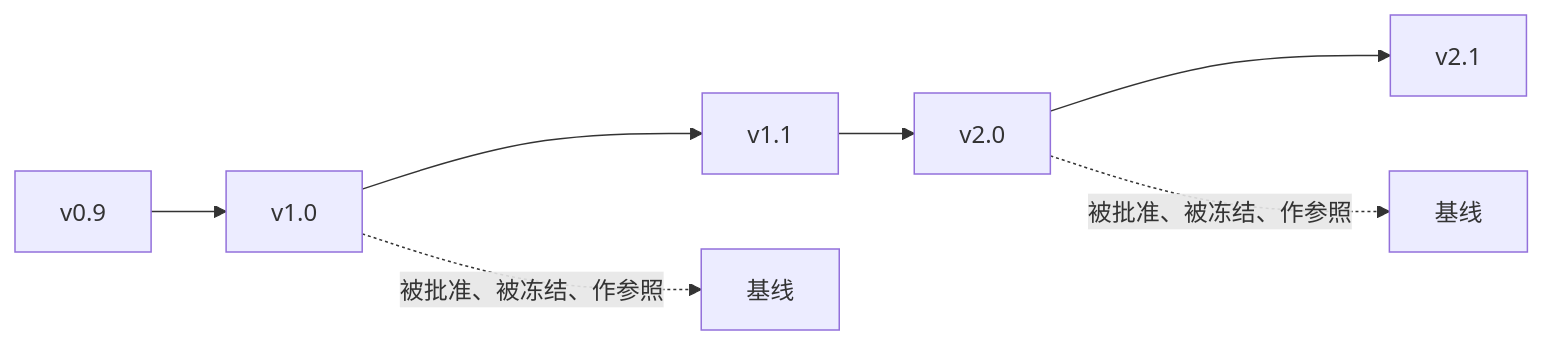
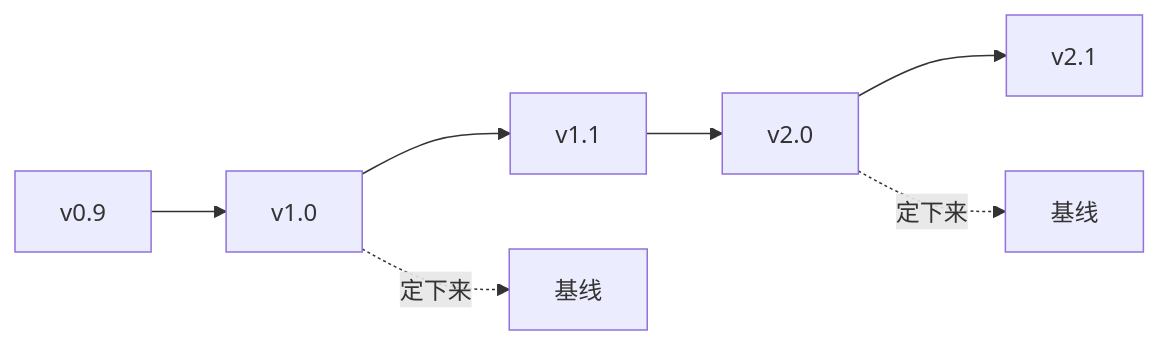
One commit to Yongjunzhou/business-Engineering changed the diagram in 10-系统工程研究/03-架构师是个怎样的物种/成书/build/.mmd/ch15-fig01.mmd. Above: the diagram before and after it, drawn with Mermaid. The commit also changed 102 other files, not shown here.

```diff
--- a/10-系统工程研究/03-架构师是个怎样的物种/成书/build/.mmd/ch15-fig01.mmd
+++ b/10-系统工程研究/03-架构师是个怎样的物种/成书/build/.mmd/ch15-fig01.mmd
@@ -1,4 +1,4 @@
 flowchart LR
     A["v0.9"] --> B["v1.0"] --> C["v1.1"] --> D["v2.0"] --> E["v2.1"]
-    B -. 被批准、被冻结、作参照 .-> BL1["基线"]
-    D -. 被批准、被冻结、作参照 .-> BL2["基线"]
+    B -. 定下来 .-> BL1["基线"]
+    D -. 定下来 .-> BL2["基线"]
```
